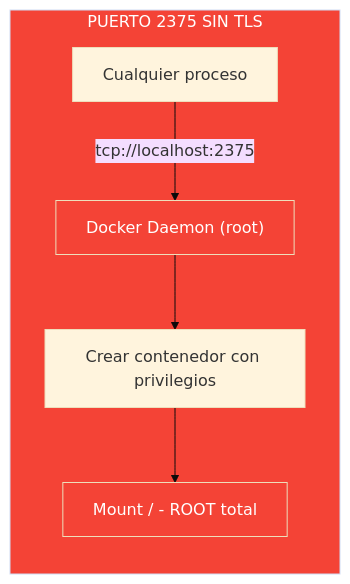
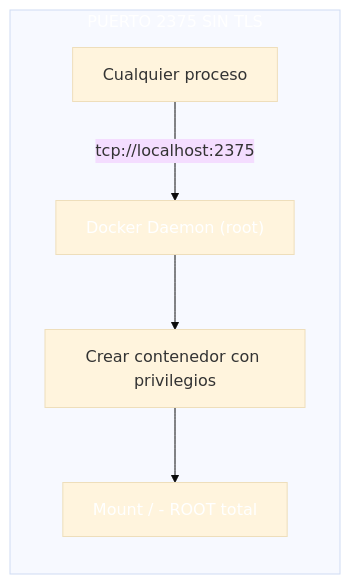
One commit to joseluisgs/DesarrolloWebEntornosServidor-01-2026-2027 changed the second of 3 diagrams in 22-testing-avanzado.md. Above: the diagram before and after it, drawn with Mermaid (base theme). The commit also changed other lines of this file and 66 other files, not shown here.

First line of the commit message:
fix: normalizar titulos al castellano de frase y corregir la paleta de mermaid

````diff
--- a/22-testing-avanzado.md
+++ b/22-testing-avanzado.md
@@ -591,12 +591,12 @@
 ```mermaid
 graph LR
     subgraph DANGER["PUERTO 2375 SIN TLS"]
         A["Cualquier proceso"] -->|"tcp://localhost:2375"| B["Docker Daemon (root)"]
         B --> C["Crear contenedor con privilegios"]
         C --> D["Mount / - ROOT total"]
     end
 
-    style DANGER fill:#f44336,color:#fff
-    style B fill:#f44336,color:#fff
-    style D fill:#f44336,color:#fff
+    style DANGER fill:#f4433,color:#fff6,color:#fff
+    style B fill:#f4433,color:#fff6,color:#fff
+    style D fill:#f4433,color:#fff6,color:#fff
 ```
````
